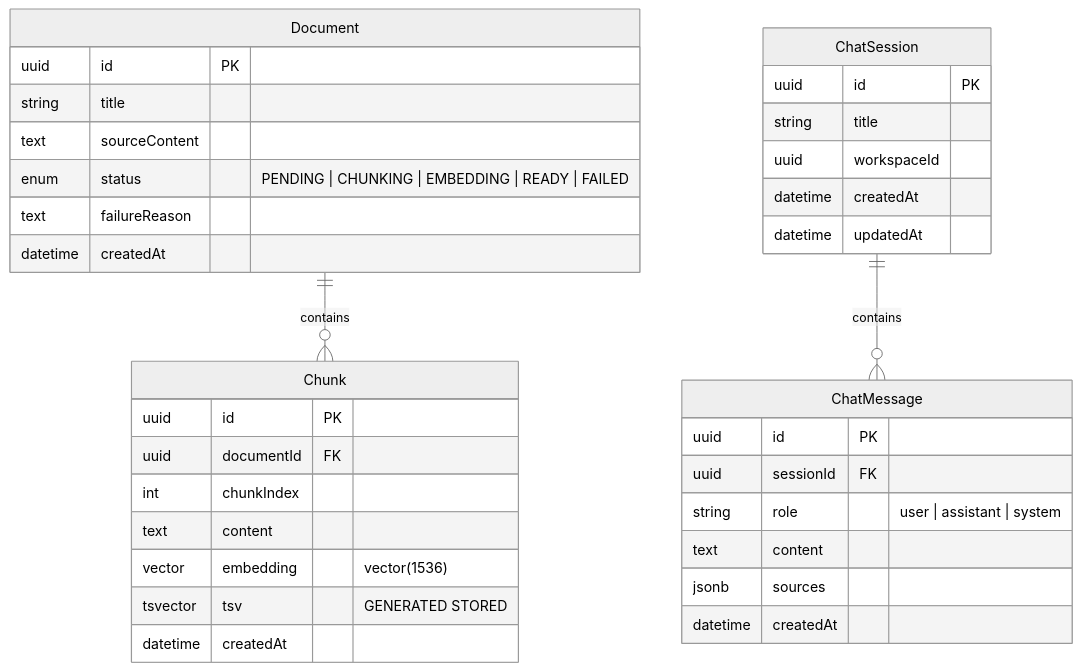
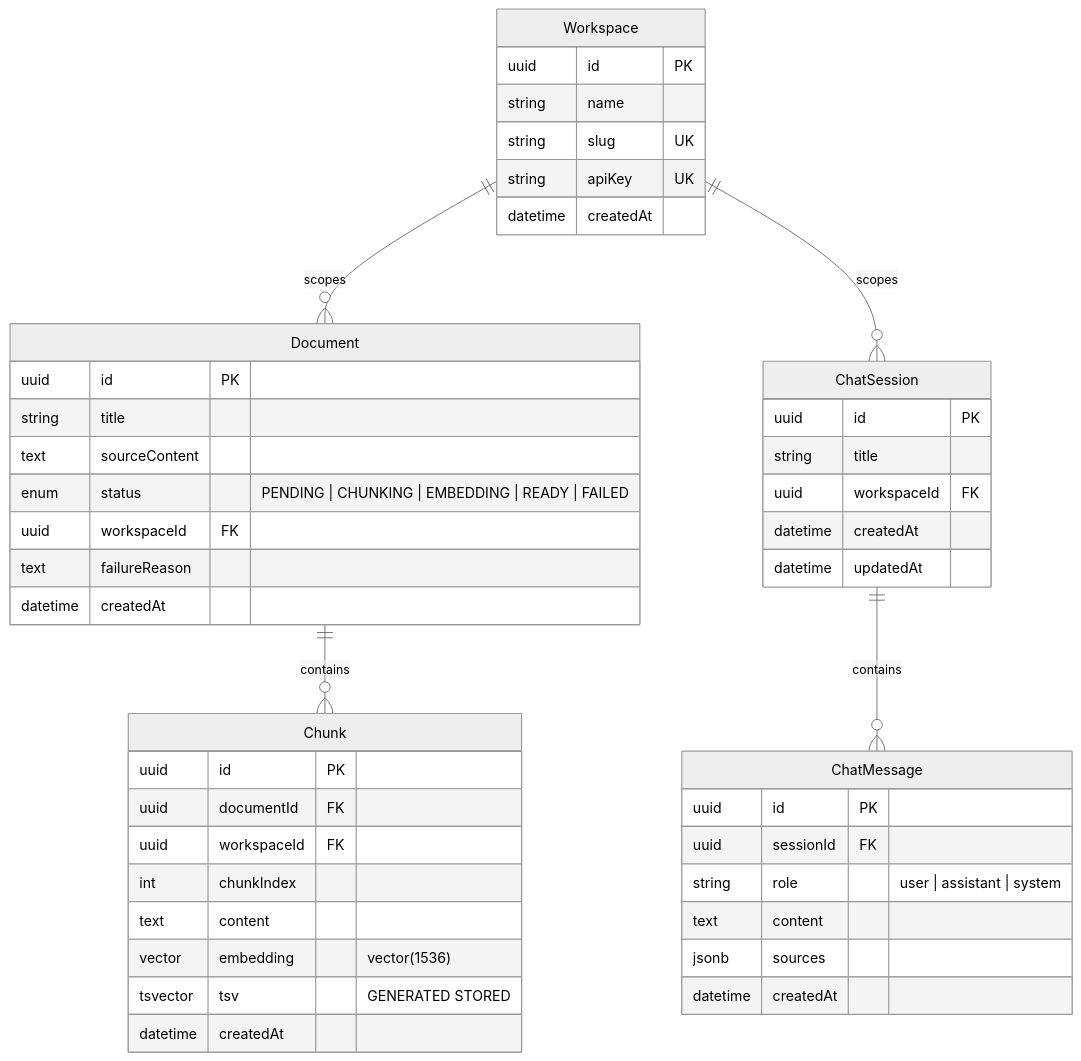
The ninth of 10 diagrams in README.md (mo74x/Docmind), drawn with Mermaid (neutral theme) before and after one commit. The commit also changed other lines of this file and 36 other files, not shown here.

````diff
--- a/README.md
+++ b/README.md
@@ -567,41 +666,53 @@
 ```mermaid
 erDiagram
+    Workspace ||--o{ Document : "scopes"
+    Workspace ||--o{ ChatSession : "scopes"
     Document ||--o{ Chunk : "contains"
     ChatSession ||--o{ ChatMessage : "contains"
+
+    Workspace {
+        uuid id PK
+        string name
+        string slug UK
+        string apiKey UK
+        datetime createdAt
+    }
 
     Document {
         uuid id PK
         string title
         text sourceContent
         enum status "PENDING | CHUNKING | EMBEDDING | READY | FAILED"
+        uuid workspaceId FK
         text failureReason
         datetime createdAt
     }
 
     Chunk {
         uuid id PK
         uuid documentId FK
+        uuid workspaceId FK
         int chunkIndex
         text content
         vector embedding "vector(1536)"
         tsvector tsv "GENERATED STORED"
         datetime createdAt
     }
 
     ChatSession {
         uuid id PK
         string title
-        uuid workspaceId
+        uuid workspaceId FK
         datetime createdAt
         datetime updatedAt
     }
 
     ChatMessage {
         uuid id PK
         uuid sessionId FK
         string role "user | assistant | system"
         text content
         jsonb sources
         datetime createdAt
     }
 ```
````
